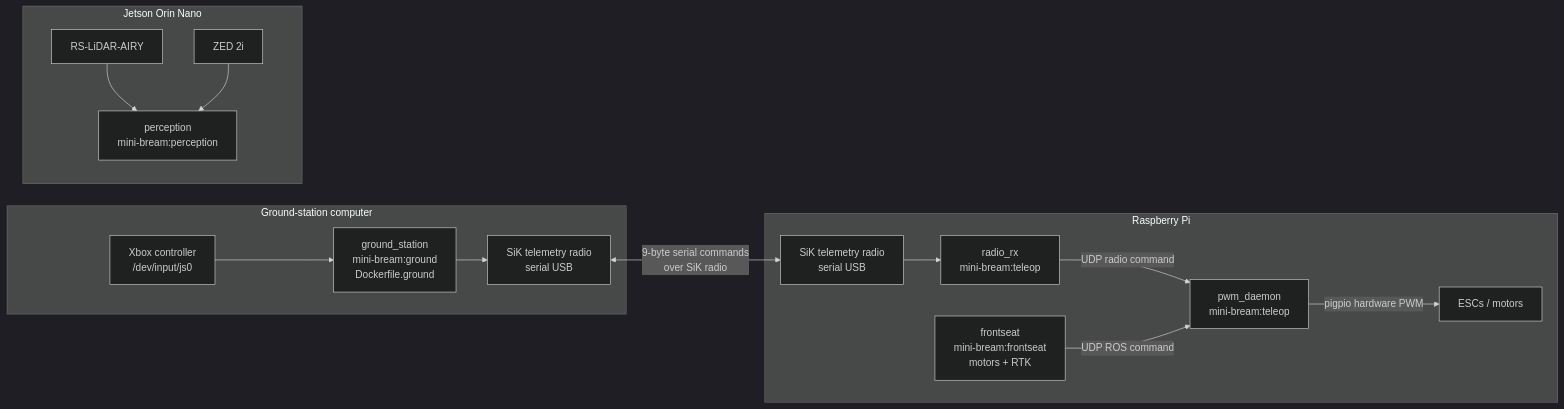
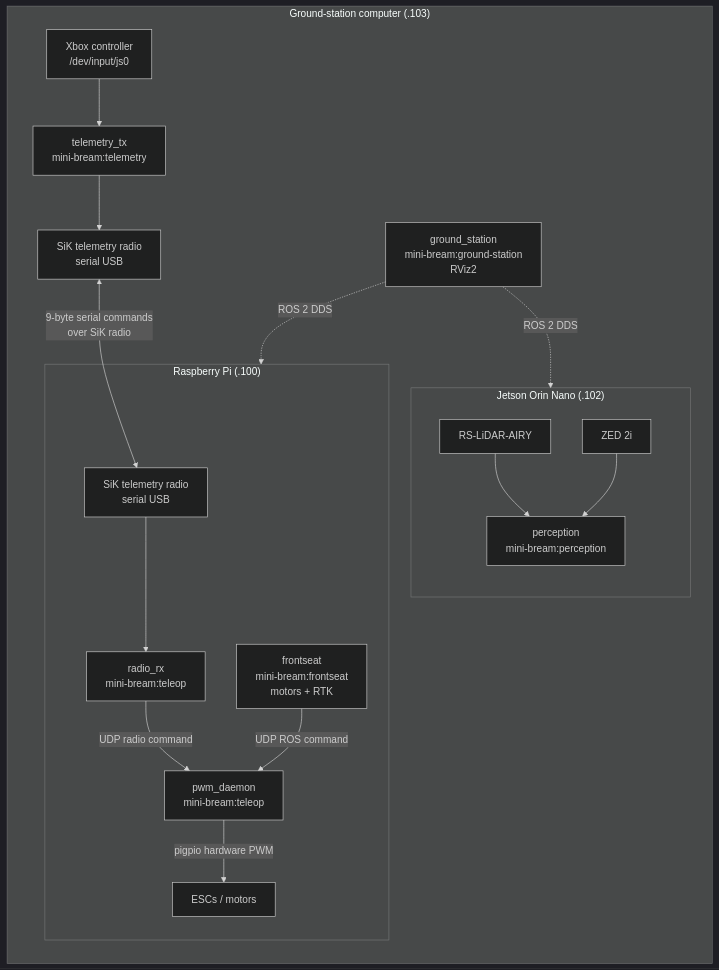
One commit to jhairssteven/mini-bream changed the diagram in src/docker/README.md. Above: the diagram before and after it, drawn with Mermaid (dark theme). The commit also changed other lines of this file and 8 other files, not shown here.

Commit message:
blue-bream: Add ground station docker for topic viz

````diff
--- a/src/docker/README.md
+++ b/src/docker/README.md
@@ -5,35 +5,38 @@
 ```mermaid
 flowchart LR
-    subgraph GS["Ground-station computer"]
+    subgraph GS["Ground-station computer (.103)"]
         Xbox["Xbox controller<br/>/dev/input/js0"]
-        Ground["ground_station<br/>mini-bream:ground<br/>Dockerfile.ground"]
+        Telemetry["telemetry_tx<br/>mini-bream:telemetry"]
         GRadio["SiK telemetry radio<br/>serial USB"]
+        Rviz["ground_station<br/>mini-bream:ground-station<br/>RViz2"]
 
-        Xbox --> Ground
-        Ground --> GRadio
+        Xbox --> Telemetry
+        Telemetry --> GRadio
+        Rviz -.->|"ROS 2 DDS"| Pi
+        Rviz -.->|"ROS 2 DDS"| Jetson
     end
 
     GRadio <-->|"9-byte serial commands<br/>over SiK radio"| RRadio
 
-    subgraph Pi["Raspberry Pi"]
+    subgraph Pi["Raspberry Pi (.100)"]
         RRadio["SiK telemetry radio<br/>serial USB"]
         RadioRx["radio_rx<br/>mini-bream:teleop"]
         Pwm["pwm_daemon<br/>mini-bream:teleop"]
         Frontseat["frontseat<br/>mini-bream:frontseat<br/>motors + RTK"]
         Motors["ESCs / motors"]
 
         RRadio --> RadioRx
         RadioRx -->|"UDP radio command"| Pwm
         Frontseat -->|"UDP ROS command"| Pwm
         Pwm -->|"pigpio hardware PWM"| Motors
     end
 
-    subgraph Jetson["Jetson Orin Nano"]
+    subgraph Jetson["Jetson Orin Nano (.102)"]
         Perception["perception<br/>mini-bream:perception"]
         Airy["RS-LiDAR-AIRY"]
         Zed["ZED 2i"]
 
         Airy --> Perception
         Zed --> Perception
     end
 ```
````
